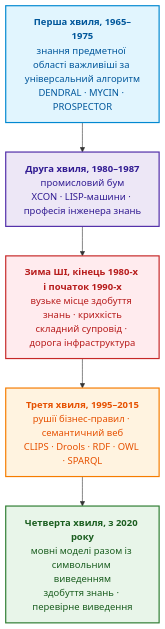
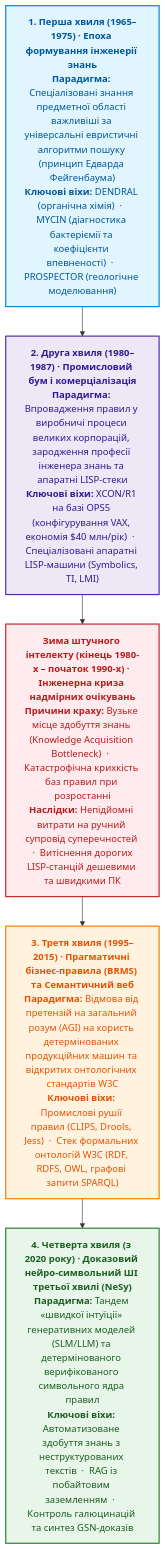
Before and after one commit to nick-fedchik/articles: the second of 9 diagrams in ExpertSystem/ch04-evolution-from-bayes-to-evidence-ai.md, drawn with Mermaid.

Commit message:
docs(ch04): widen four waves diagram blocks with detailed paradigms and milestones

````diff
--- a/ExpertSystem/ch04-evolution-from-bayes-to-evidence-ai.md
+++ b/ExpertSystem/ch04-evolution-from-bayes-to-evidence-ai.md
@@ -85,25 +85,25 @@
 ```mermaid
 flowchart TD
     accTitle: Чотири хвилі розвитку експертних систем
     accDescr: Від перших експертних систем, побудованих на знаннях предметної області, через промисловий бум і зиму штучного інтелекту до рушіїв правил, семантичного вебу й сучасного поєднання мовних моделей із символьним виведенням.
 
-    W1["<b>Перша хвиля, 1965–1975</b><br/>знання предметної області важливіші за універсальний алгоритм<br/>DENDRAL · MYCIN · PROSPECTOR"]
-    W2["<b>Друга хвиля, 1980–1987</b><br/>промисловий бум<br/>XCON · LISP-машини · професія інженера знань"]
-    WIN["<b>Зима ШІ, кінець 1980-х і початок 1990-х</b><br/>вузьке місце здобуття знань · крихкість<br/>складний супровід · дорога інфраструктура"]
-    W3["<b>Третя хвиля, 1995–2015</b><br/>рушії бізнес-правил · семантичний веб<br/>CLIPS · Drools · RDF · OWL · SPARQL"]
-    W4["<b>Четверта хвиля, з 2020 року</b><br/>мовні моделі разом із символьним виведенням<br/>здобуття знань · перевірне виведення"]
+    W1["<b>1. Перша хвиля (1965–1975) · Епоха формування інженерії знань</b><br/><b>Парадигма:</b> Спеціалізовані знання предметної області важливіші за універсальні евристичні алгоритми пошуку (принцип Едварда Фейгенбаума)<br/><b>Ключові віхи:</b> DENDRAL (органічна хімія) &nbsp;·&nbsp; MYCIN (діагностика бактеріємії та коефіцієнти впевненості) &nbsp;·&nbsp; PROSPECTOR (геологічне моделювання)"]
+    W2["<b>2. Друга хвиля (1980–1987) · Промисловий бум і комерціалізація</b><br/><b>Парадигма:</b> Впровадження правил у виробничі процеси великих корпорацій, зародження професії інженера знань та апаратні LISP-стеки<br/><b>Ключові віхи:</b> XCON/R1 на базі OPS5 (конфігурування VAX, економія $40 млн/рік) &nbsp;·&nbsp; Спеціалізовані апаратні LISP-машини (Symbolics, TI, LMI)"]
+    WIN["<b>Зима штучного інтелекту (кінець 1980-х – початок 1990-х) · Інженерна криза надмірних очікувань</b><br/><b>Причини краху:</b> Вузьке місце здобуття знань (Knowledge Acquisition Bottleneck) &nbsp;·&nbsp; Катастрофічна крихкість баз правил при розростанні<br/><b>Наслідки:</b> Непідйомні витрати на ручний супровід суперечностей &nbsp;·&nbsp; Витіснення дорогих LISP-станцій дешевими та швидкими ПК"]
+    W3["<b>3. Третя хвиля (1995–2015) · Прагматичні бізнес-правила (BRMS) та Семантичний веб</b><br/><b>Парадигма:</b> Відмова від претензій на загальний розум (AGI) на користь детермінованих продукційних машин та відкритих онтологічних стандартів W3C<br/><b>Ключові віхи:</b> Промислові рушії правил (CLIPS, Drools, Jess) &nbsp;·&nbsp; Стек формальних онтологій W3C (RDF, RDFS, OWL, графові запити SPARQL)"]
+    W4["<b>4. Четверта хвиля (з 2020 року) · Доказовий нейро-символьний ШІ третьої хвилі (NeSy)</b><br/><b>Парадигма:</b> Тандем «швидкої інтуїції» генеративних моделей (SLM/LLM) та детермінованого верифікованого символьного ядра правил<br/><b>Ключові віхи:</b> Автоматизоване здобуття знань з неструктурованих текстів &nbsp;·&nbsp; RAG із побайтовим заземленням &nbsp;·&nbsp; Контроль галюцинацій та синтез GSN-доказів"]
 
     W1 --> W2 --> WIN --> W3 --> W4
 
     classDef w1 fill:#e1f5fe,stroke:#0288d1,stroke-width:2px,color:#01579b;
     classDef w2 fill:#ede7f6,stroke:#512da8,stroke-width:2px,color:#311b92;
     classDef win fill:#ffebee,stroke:#c62828,stroke-width:2px,color:#b71c1c;
     classDef w3 fill:#fff3e0,stroke:#f57c00,stroke-width:2px,color:#e65100;
     classDef w4 fill:#e8f5e9,stroke:#2e7d32,stroke-width:2px,color:#1b5e20;
 
     class W1 w1;
     class W2 w2;
     class WIN win;
     class W3 w3;
     class W4 w4;
 ```
````
